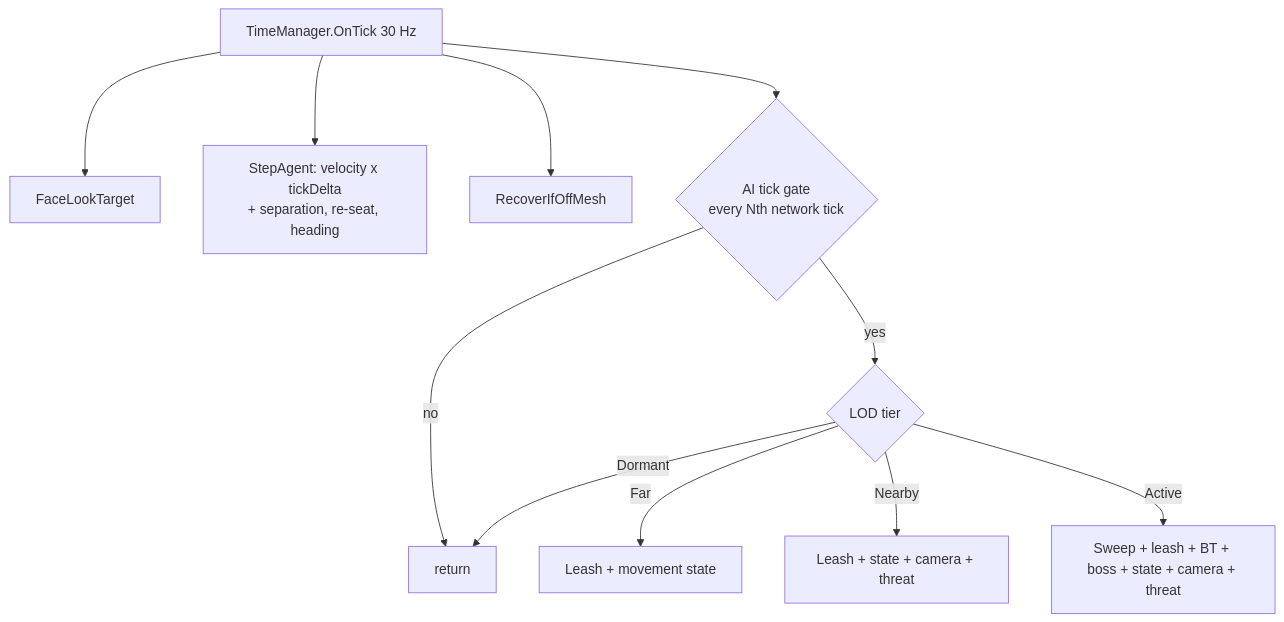
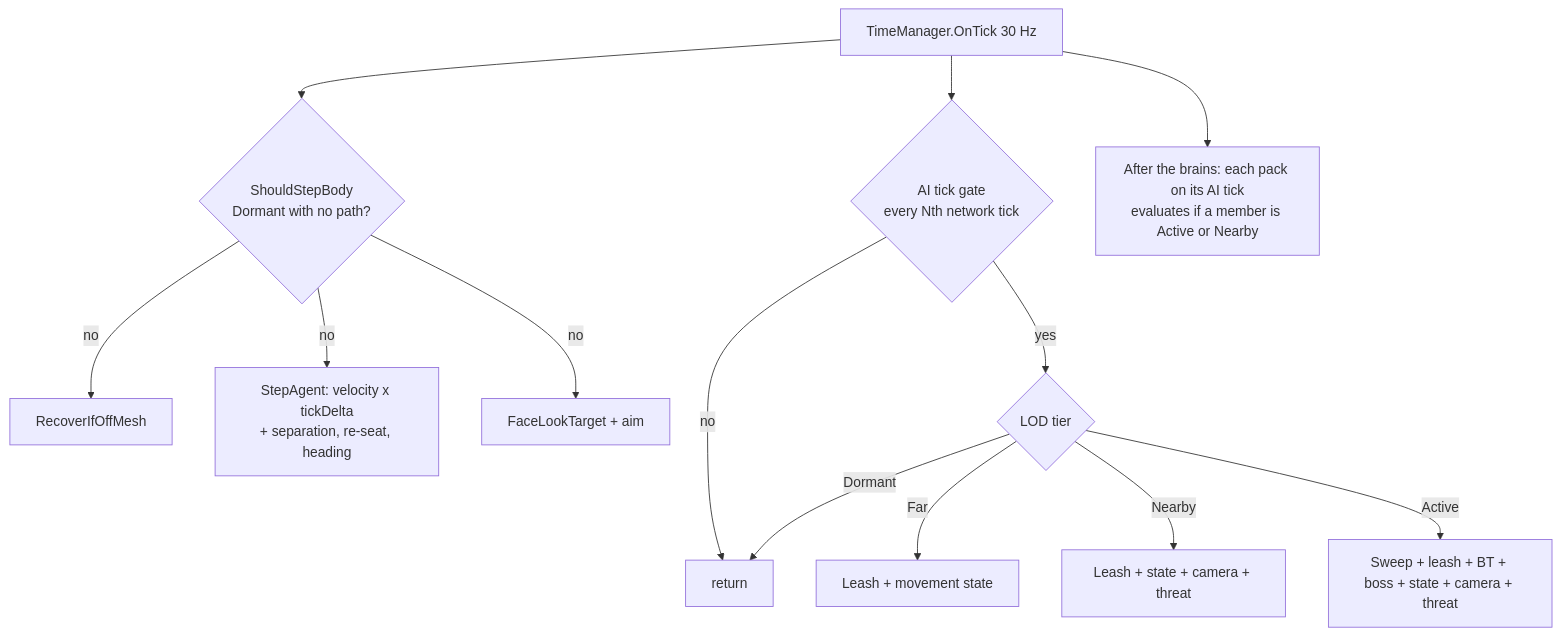
The diagram in FishMMO-Unity/Assets/Scripts/Server/Implementation/World/SceneServer/AI/README.md (jimdroberts/FishMMO), drawn with Mermaid before and after one commit. The commit also changed other lines of this file and 680 other files, not shown here.

````diff
--- a/FishMMO-Unity/Assets/Scripts/Server/Implementation/World/SceneServer/AI/README.md
+++ b/FishMMO-Unity/Assets/Scripts/Server/Implementation/World/SceneServer/AI/README.md
@@ -348,13 +392,15 @@
 ```mermaid
 flowchart TD
-    Tick[TimeManager.OnTick 30 Hz] --> Face[FaceLookTarget]
-    Tick --> Step[StepAgent: velocity x tickDelta<br/>+ separation, re-seat, heading]
-    Tick --> Off[RecoverIfOffMesh]
+    Tick[TimeManager.OnTick 30 Hz] --> Body{ShouldStepBody<br/>Dormant with no path?}
+    Body -->|no| Off[RecoverIfOffMesh]
+    Body -->|no| Step[StepAgent: velocity x tickDelta<br/>+ separation, re-seat, heading]
+    Body -->|no| Face[FaceLookTarget + aim]
     Tick --> Gate{AI tick gate<br/>every Nth network tick}
     Gate -->|no| Done[return]
     Gate -->|yes| Lod{LOD tier}
     Lod -->|Dormant| Done
     Lod -->|Far| Far[Leash + movement state]
     Lod -->|Nearby| Near[Leash + state + camera + threat]
     Lod -->|Active| Act[Sweep + leash + BT + boss + state + camera + threat]
+    Tick --> Packs[After the brains: each pack on its AI tick<br/>evaluates if a member is Active or Nearby]
 ```
````
